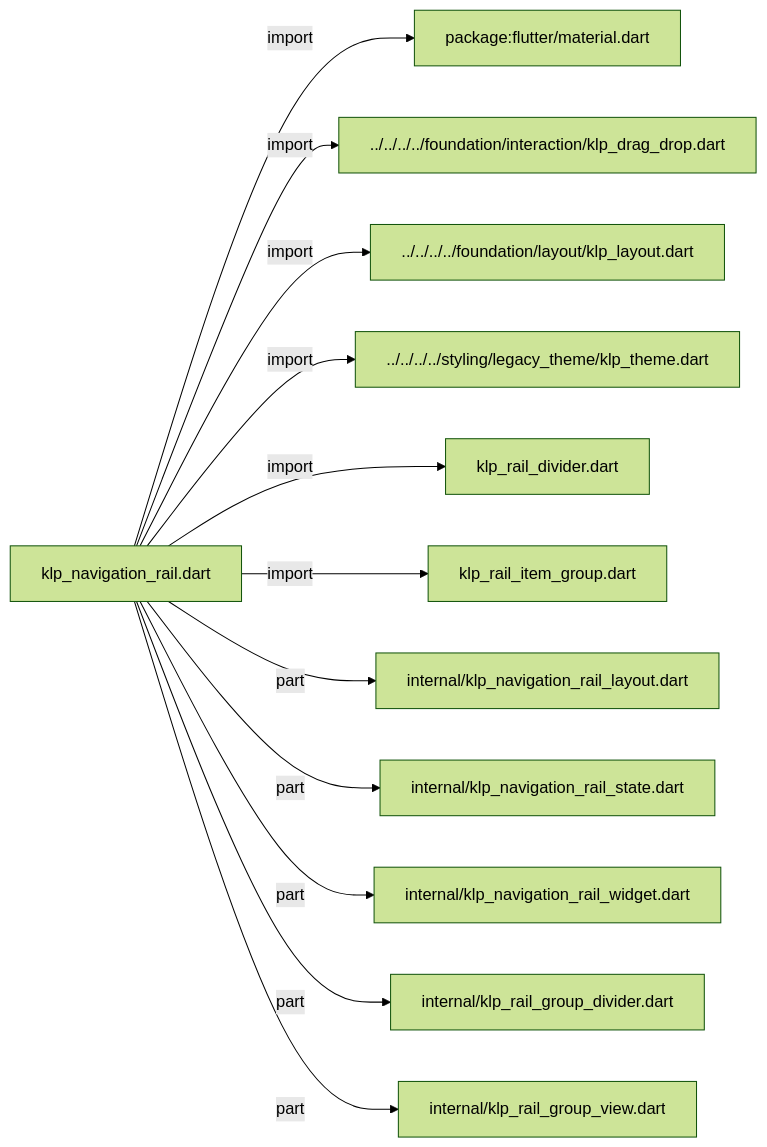
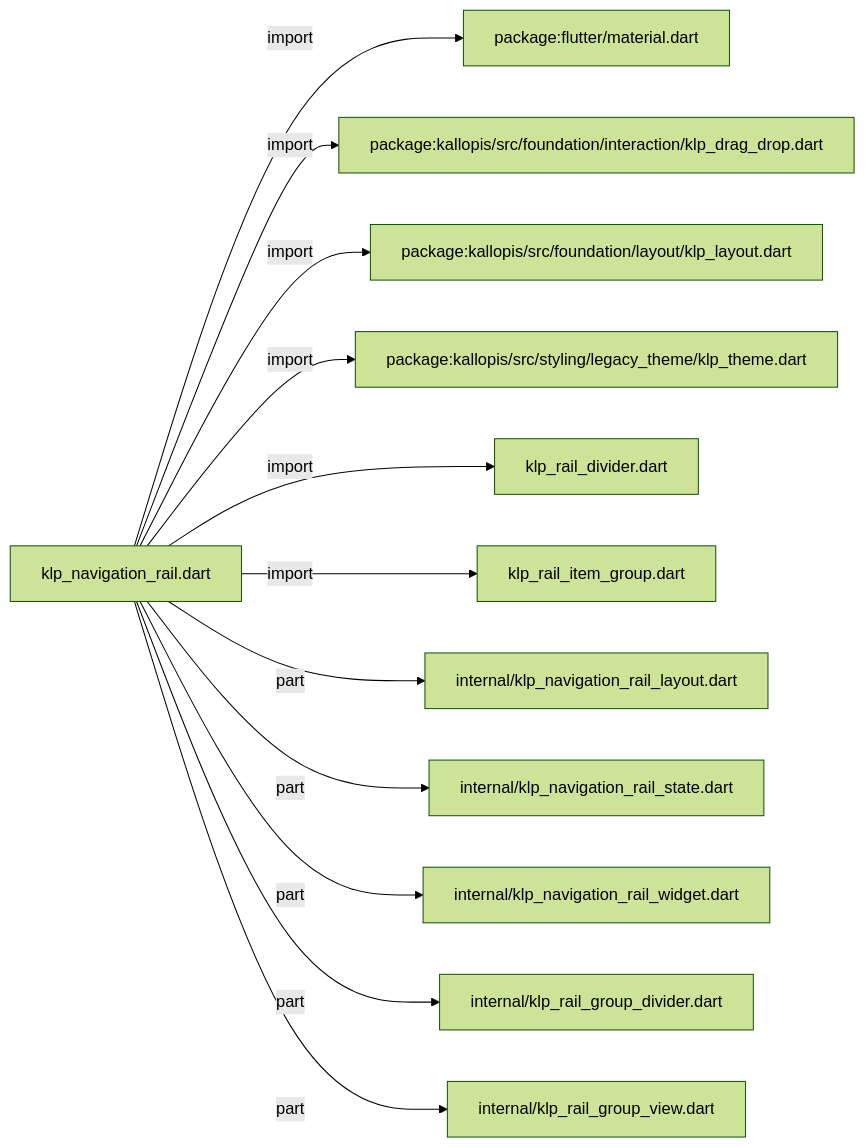
The first of 2 diagrams in docs/architecture/src/features/navigation/widgets/rail/klp_navigation_rail.md (MiuDog/Kallopis), drawn with Mermaid (forest theme) before and after one commit. The commit also changed other lines of this file and 9688 other files, not shown here.

Commit message:
Prepare isolated Flow F2 peer baseline

````diff
--- a/docs/architecture/src/features/navigation/widgets/rail/klp_navigation_rail.md
+++ b/docs/architecture/src/features/navigation/widgets/rail/klp_navigation_rail.md
@@ -11,26 +11,26 @@
 ```mermaid
 flowchart LR
 	n0["klp_navigation_rail.dart"]
 	n1["package:flutter/material.dart"]
-	n2["../../../../foundation/interaction/klp_drag_drop.dart"]
-	n3["../../../../foundation/layout/klp_layout.dart"]
-	n4["../../../../styling/legacy_theme/klp_theme.dart"]
+	n2["package:kallopis/src/foundation/interaction/klp_drag_drop.dart"]
+	n3["package:kallopis/src/foundation/layout/klp_layout.dart"]
+	n4["package:kallopis/src/styling/legacy_theme/klp_theme.dart"]
 	n5["klp_rail_divider.dart"]
 	n6["klp_rail_item_group.dart"]
 	n7["internal/klp_navigation_rail_layout.dart"]
 	n8["internal/klp_navigation_rail_state.dart"]
 	n9["internal/klp_navigation_rail_widget.dart"]
 	n10["internal/klp_rail_group_divider.dart"]
 	n11["internal/klp_rail_group_view.dart"]
 	n0 -->|"import"| n1
 	n0 -->|"import"| n2
 	n0 -->|"import"| n3
 	n0 -->|"import"| n4
 	n0 -->|"import"| n5
 	n0 -->|"import"| n6
 	n0 -->|"part"| n7
 	n0 -->|"part"| n8
 	n0 -->|"part"| n9
 	n0 -->|"part"| n10
 	n0 -->|"part"| n11
 ```
````
